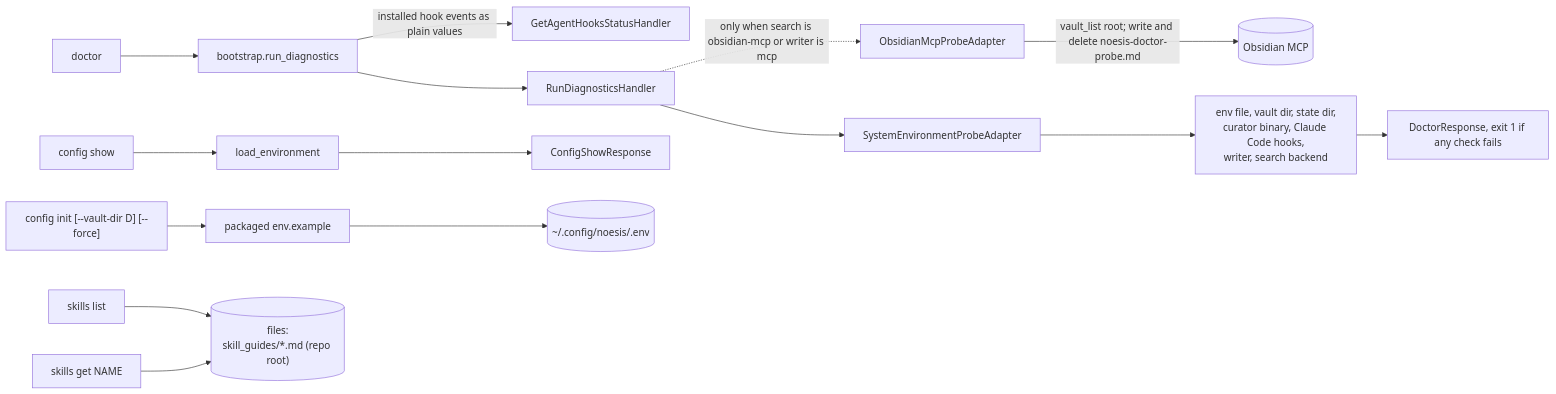
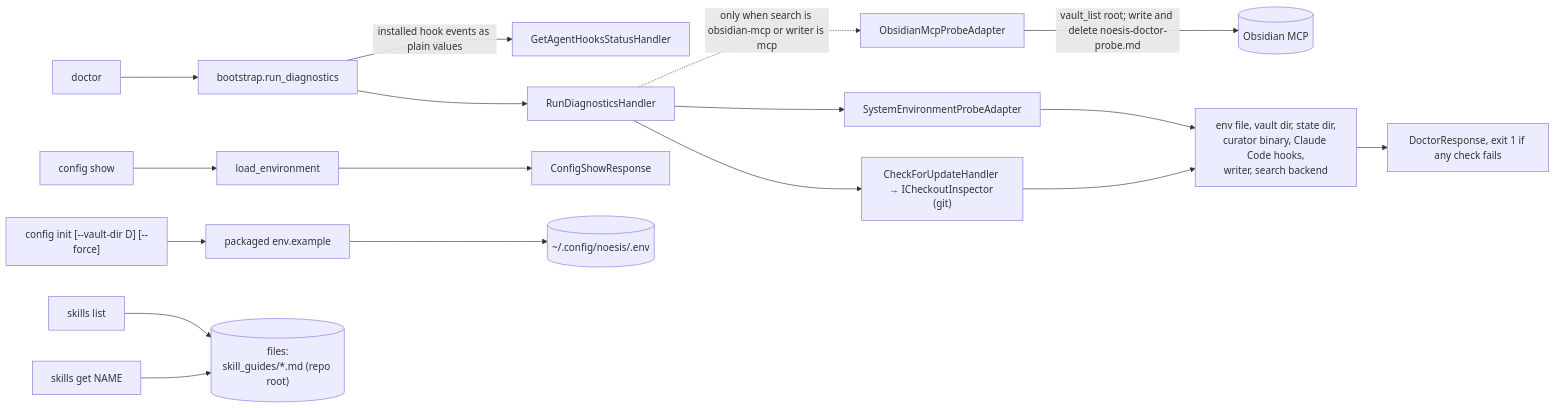
One commit to p-hzamora/noesis changed the diagram in docs/workflows/setup.md. Above: the diagram before and after it, drawn with Mermaid. The commit also changed other lines of this file and 4 other files, not shown here.

````diff
--- a/docs/workflows/setup.md
+++ b/docs/workflows/setup.md
@@ -6,17 +6,19 @@
 ```mermaid
 flowchart LR
     doctor["doctor"] --> rd["bootstrap.run_diagnostics"]
     rd -->|installed hook events as plain values| hs[GetAgentHooksStatusHandler]
     rd --> dh[RunDiagnosticsHandler]
     dh --> probe[SystemEnvironmentProbeAdapter]
     dh -.->|"only when search is obsidian-mcp or writer is mcp"| mp[ObsidianMcpProbeAdapter]
     mp -->|"vault_list root; write and delete noesis-doctor-probe.md"| obs[("Obsidian MCP")]
     probe --> checks["env file, vault dir, state dir,<br/>curator binary, Claude Code hooks,<br/>writer, search backend"]
+    dh --> upd["CheckForUpdateHandler → ICheckoutInspector (git)"]
+    upd --> checks
     checks --> dr["DoctorResponse, exit 1 if any check fails"]
 
     show["config show"] --> env[load_environment] --> cs[ConfigShowResponse]
     init["config init [--vault-dir D] [--force]"] --> tpl["packaged env.example"] --> envfile[("~/.config/noesis/.env")]
 
     sl["skills list"] --> guides[("files:<br/>skill_guides/*.md (repo root)")]
     sg["skills get NAME"] --> guides
 ```
````
